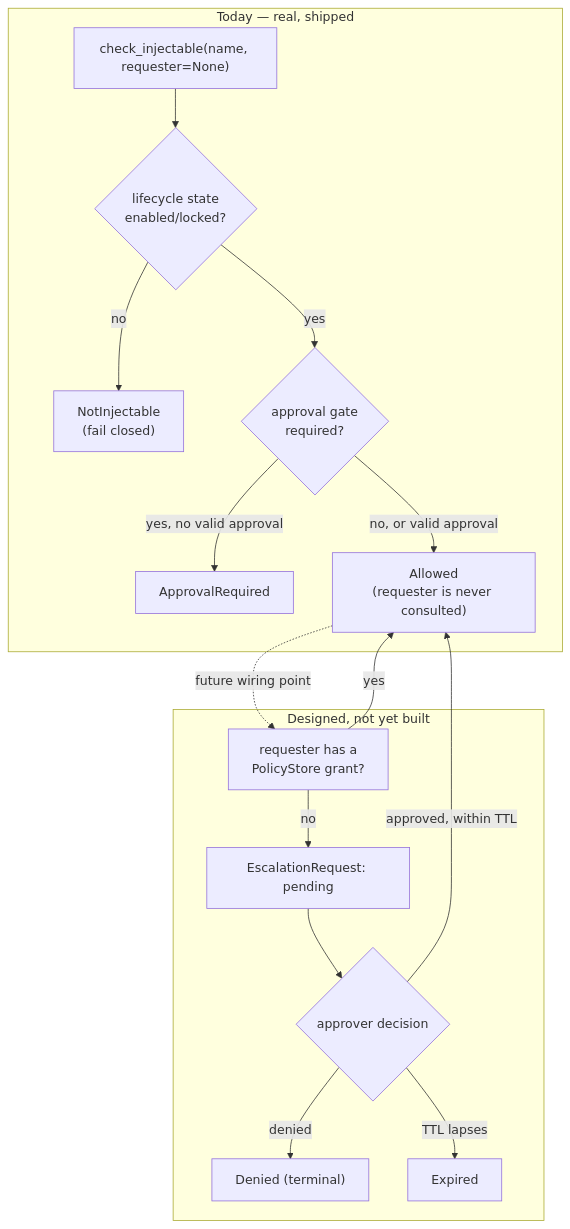
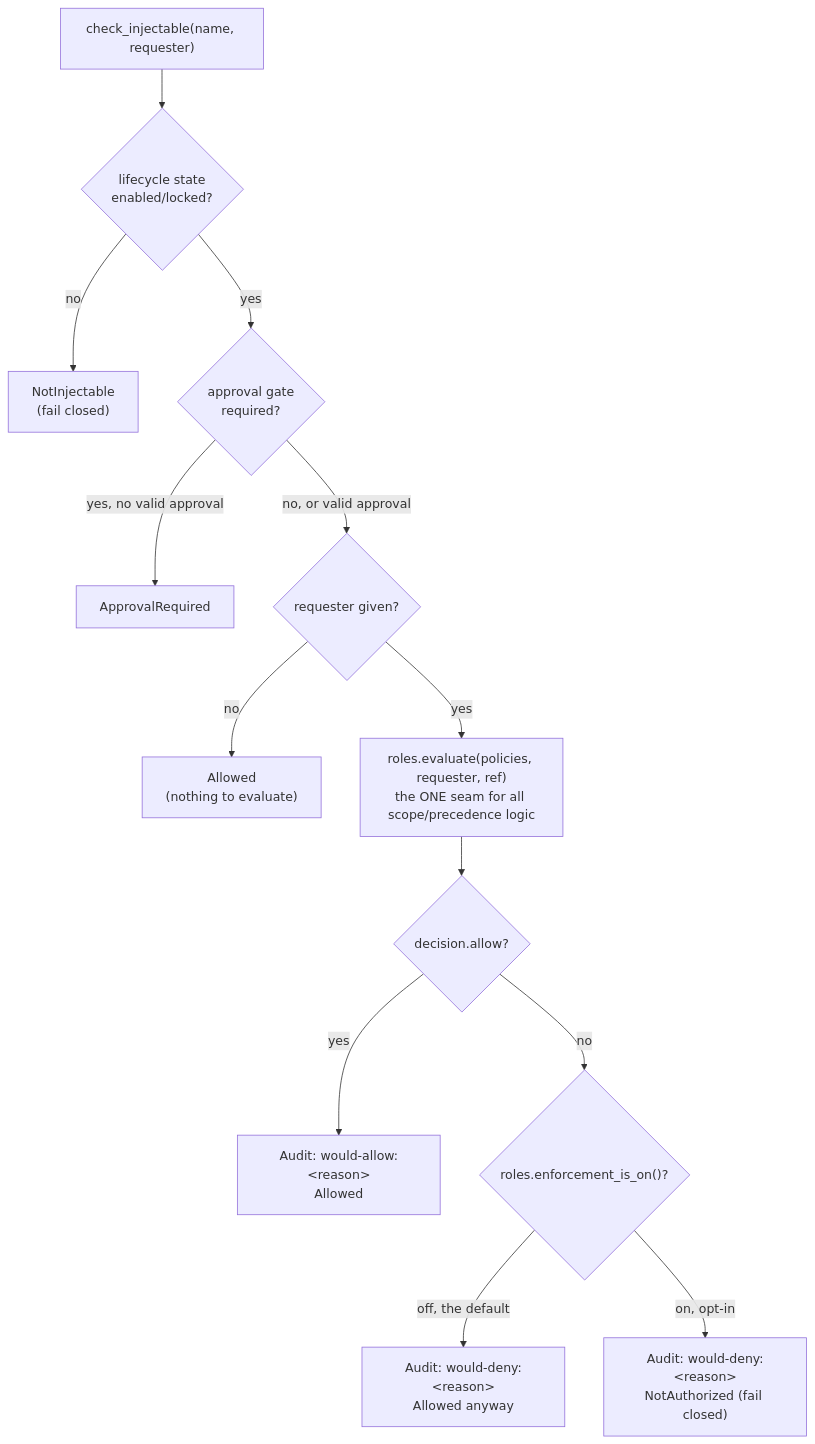
The third of 5 diagrams in docs/architecture.md (mdostal/portunus), drawn with Mermaid before and after one commit. The commit also changed other lines of this file and 7 other files, not shown here.

````diff
--- a/docs/architecture.md
+++ b/docs/architecture.md
@@ -98,24 +102,18 @@
 ```mermaid
 graph TD
-    accTitle: Petitio today versus the designed future
-    accDescr: Today, check_injectable only checks lifecycle state and approval, ignoring the requester entirely. The designed future adds a policy check and an escalation request-review-grant flow before falling back to deny.
+    accTitle: Petitio's real access-control flow
+    accDescr: check_injectable checks lifecycle state and approval first, same as always, then evaluates a policy decision that is always audited but only enforced (raised) when the opt-in enforcement flag is on.
 
-    subgraph Today["Today — real, shipped"]
-        T1["check_injectable(name, requester=None)"] --> T2{"lifecycle state<br/>enabled/locked?"}
-        T2 -->|no| T3["NotInjectable<br/>(fail closed)"]
-        T2 -->|yes| T4{"approval gate<br/>required?"}
-        T4 -->|yes, no valid approval| T5["ApprovalRequired"]
-        T4 -->|no, or valid approval| T6["Allowed<br/>(requester is never consulted)"]
-    end
-
-    subgraph Future["Designed, not yet built"]
-        F1["requester has a<br/>PolicyStore grant?"] -->|yes| T6
-        F1 -->|no| F2["EscalationRequest: pending"]
-        F2 --> F3{"approver decision"}
-        F3 -->|approved, within TTL| T6
-        F3 -->|denied| F4["Denied (terminal)"]
-        F3 -->|TTL lapses| F5["Expired"]
-    end
-
-    T6 -.->|future wiring point| F1
+    T1["check_injectable(name, requester)"] --> T2{"lifecycle state<br/>enabled/locked?"}
+    T2 -->|no| T3["NotInjectable<br/>(fail closed)"]
+    T2 -->|yes| T4{"approval gate<br/>required?"}
+    T4 -->|yes, no valid approval| T5["ApprovalRequired"]
+    T4 -->|no, or valid approval| T6{"requester given?"}
+    T6 -->|no| T10["Allowed<br/>(nothing to evaluate)"]
+    T6 -->|yes| T7["roles.evaluate(policies, requester, ref)<br/>the ONE seam for all scope/precedence logic"]
+    T7 --> T8{"decision.allow?"}
+    T8 -->|yes| T9A["Audit: would-allow:&lt;reason&gt;<br/>Allowed"]
+    T8 -->|no| T9B{"roles.enforcement_is_on()?"}
+    T9B -->|off, the default| T9C["Audit: would-deny:&lt;reason&gt;<br/>Allowed anyway"]
+    T9B -->|on, opt-in| T9D["Audit: would-deny:&lt;reason&gt;<br/>NotAuthorized (fail closed)"]
 ```
````
